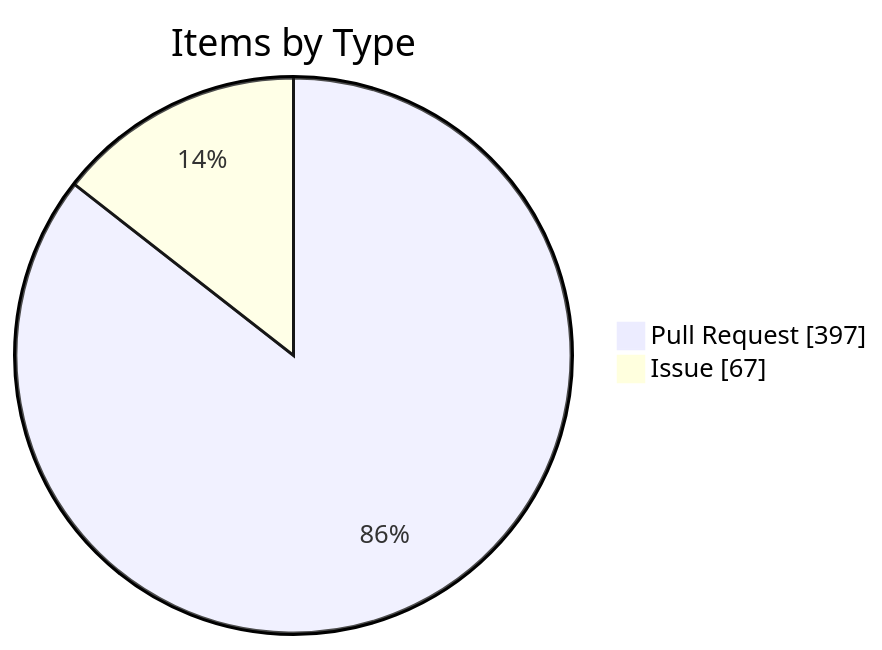
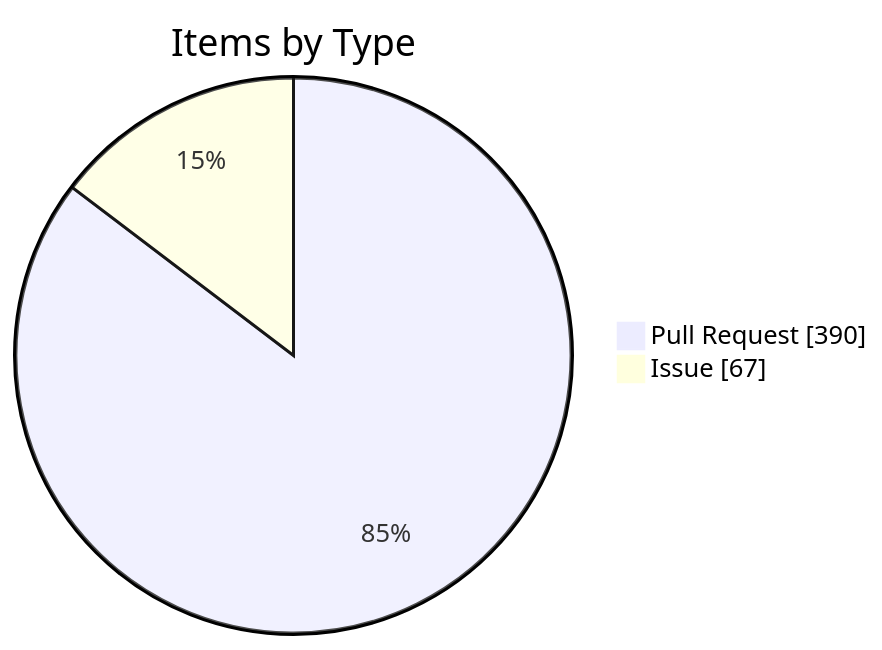
The fourth of 4 diagrams in apps/kbve/astro-kbve/src/content/docs/dashboard/kanban.mdx (KBVE/kbve), drawn with Mermaid before and after one commit. The commit also changed other lines of this file and 5 other files, not shown here.

````diff
--- a/apps/kbve/astro-kbve/src/content/docs/dashboard/kanban.mdx
+++ b/apps/kbve/astro-kbve/src/content/docs/dashboard/kanban.mdx
@@ -116,6 +116,6 @@
 ```mermaid
 pie showData
     title Items by Type
-    "Pull Request" : 397
+    "Pull Request" : 390
     "Issue" : 67
 ```
````
